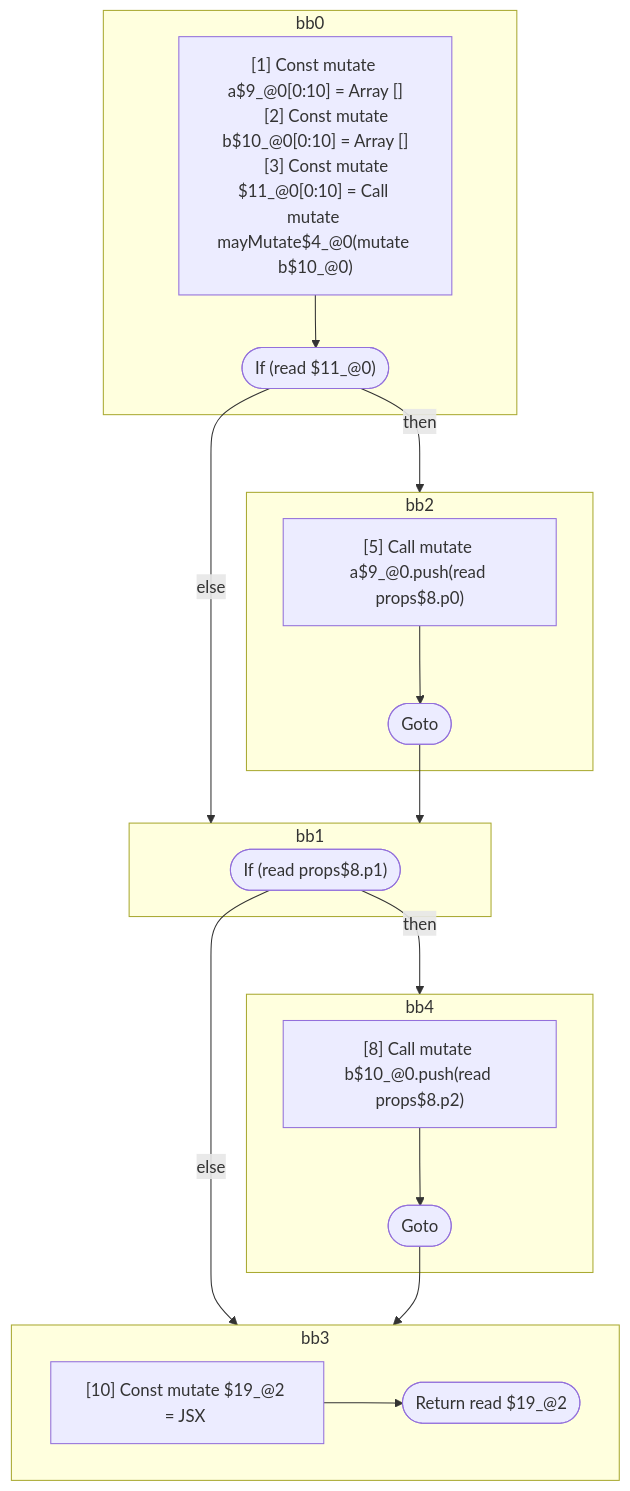
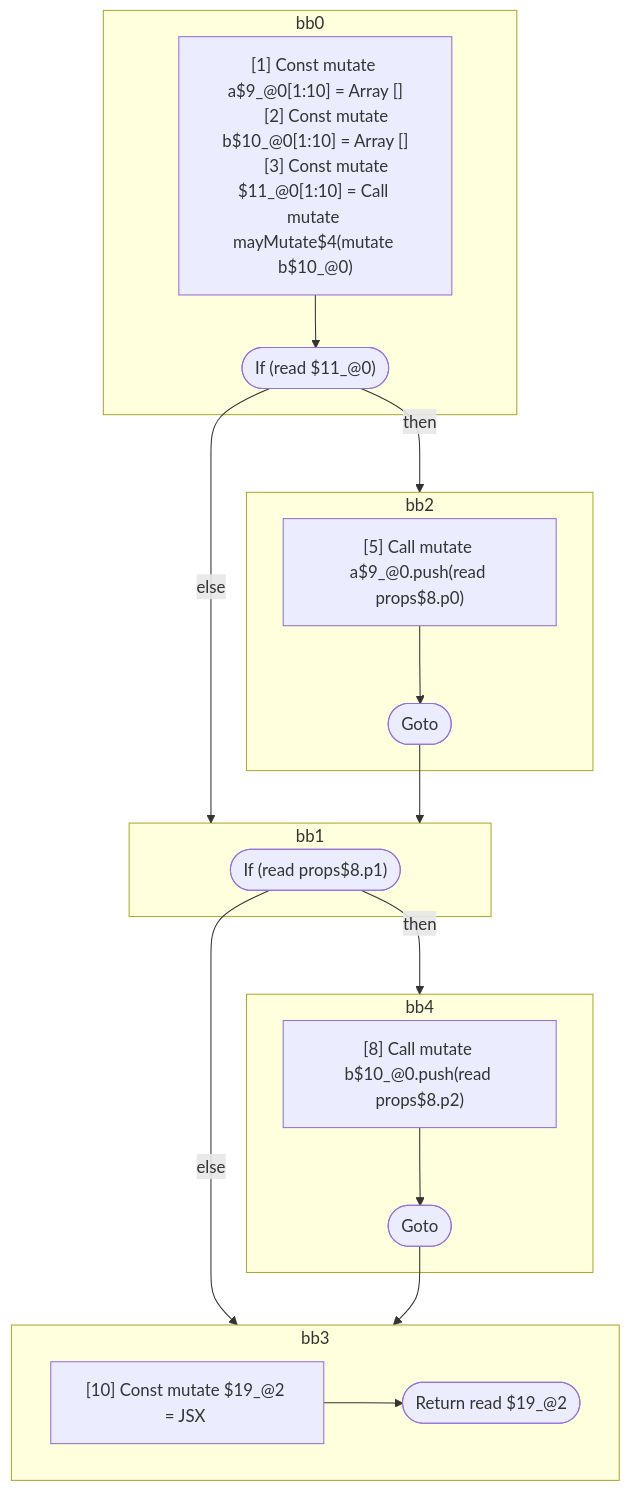
One commit to wutsmog/private changed the second of 4 diagrams in compiler/forget/src/__tests__/fixtures/hir/conditional-on-mutable.expect.md. Above: the diagram before and after it, drawn with Mermaid. The commit also changed other lines of this file and 100 other files, not shown here.

````diff
--- a/compiler/forget/src/__tests__/fixtures/hir/conditional-on-mutable.expect.md
+++ b/compiler/forget/src/__tests__/fixtures/hir/conditional-on-mutable.expect.md
@@ -153,42 +202,42 @@
 ```mermaid
 flowchart TB
   %% Basic Blocks
   subgraph bb0
     bb0_instrs["
-      [1] Const mutate a$9_@0[0:10] = Array []
-      [2] Const mutate b$10_@0[0:10] = Array []
-      [3] Const mutate $11_@0[0:10] = Call mutate mayMutate$4_@0(mutate b$10_@0)
+      [1] Const mutate a$9_@0[1:10] = Array []
+      [2] Const mutate b$10_@0[1:10] = Array []
+      [3] Const mutate $11_@0[1:10] = Call mutate mayMutate$4(mutate b$10_@0)
     "]
     bb0_instrs --> bb0_terminal(["If (read $11_@0)"])
   end
   subgraph bb2
     bb2_instrs["
       [5] Call mutate a$9_@0.push(read props$8.p0)
     "]
     bb2_instrs --> bb2_terminal(["Goto"])
   end
   subgraph bb1
     bb1_terminal(["If (read props$8.p1)"])
   end
   subgraph bb4
     bb4_instrs["
       [8] Call mutate b$10_@0.push(read props$8.p2)
     "]
     bb4_instrs --> bb4_terminal(["Goto"])
   end
   subgraph bb3
     bb3_instrs["
       [10] Const mutate $19_@2 = JSX <read Foo$6 a={freeze a$9_@0} b={freeze b$10_@0} ></read Foo$6>
     "]
     bb3_instrs --> bb3_terminal(["Return read $19_@2"])
   end
 
   %% Jumps
   bb0_terminal -- "then" --> bb2
   bb0_terminal -- "else" --> bb1
   bb2_terminal --> bb1
   bb1_terminal -- "then" --> bb4
   bb1_terminal -- "else" --> bb3
   bb4_terminal --> bb3
 
 ```
````
